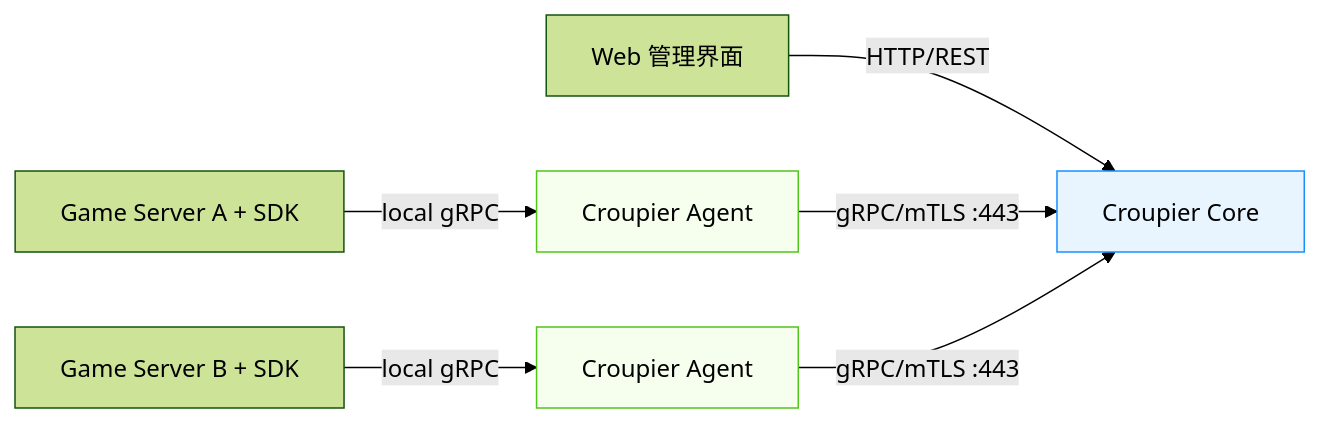
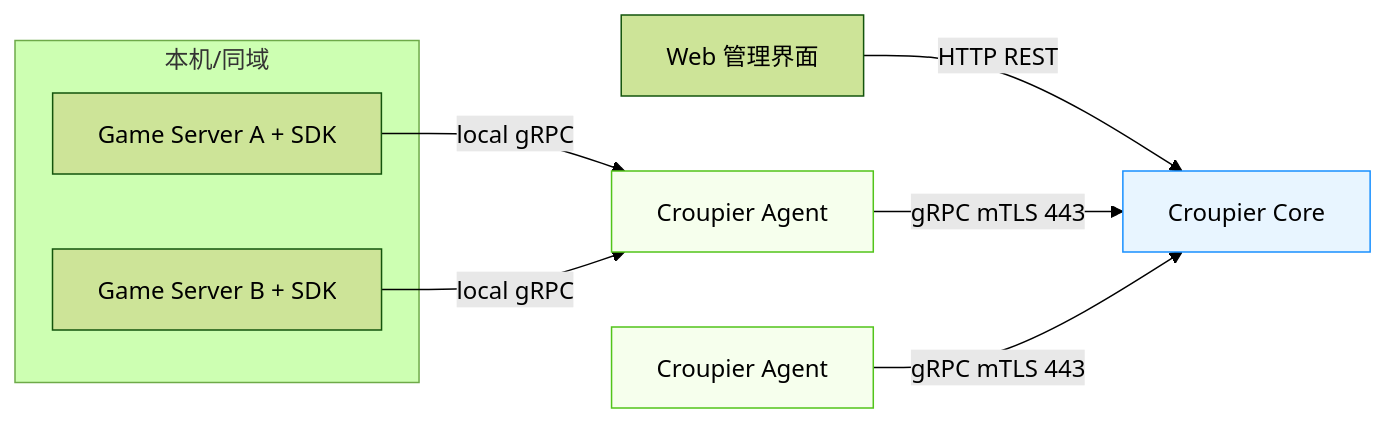
Before and after one commit to cuihairu/croupier: the first of 4 diagrams in README.md, drawn with Mermaid (forest theme). The commit also changed other lines of this file and 23 other files, not shown here.

````diff
--- a/README.md
+++ b/README.md
@@ -25,11 +25,17 @@
 ```mermaid
 graph LR
-  UI[Web 管理界面] -->|HTTP/REST| Core[Croupier Core]
-  A1[Croupier Agent] -->|gRPC/mTLS :443| Core
-  A2[Croupier Agent] -->|gRPC/mTLS :443| Core
-  GS1[Game Server A + SDK] -->|local gRPC| A1
-  GS2[Game Server B + SDK] -->|local gRPC| A2
+  UI[Web 管理界面] -->|HTTP REST| Core[Croupier Core]
+  A1[Croupier Agent] -->|gRPC mTLS 443| Core
+  A2[Croupier Agent] -->|gRPC mTLS 443| Core
+  subgraph GSA[本机/同域]
+    GS1[Game Server A + SDK]
+    GS2[Game Server B + SDK]
+  end
+  GS1 -->|local gRPC| A1
+  GS2 -->|local gRPC| A1
   classDef core fill:#e8f5ff,stroke:#1890ff;
   classDef agent fill:#f6ffed,stroke:#52c41a;
-  class Core core; class A1,A2 agent;
+  class Core core
+  class A1 agent
+  class A2 agent
 ```
````
